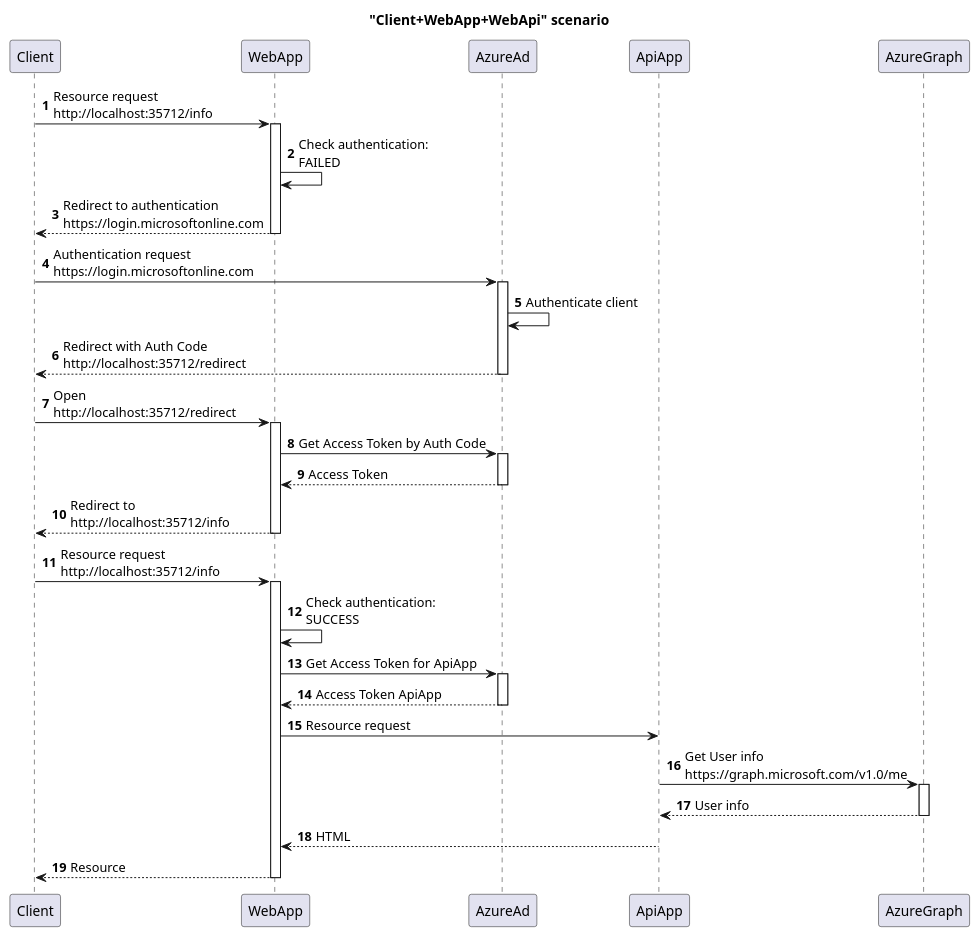
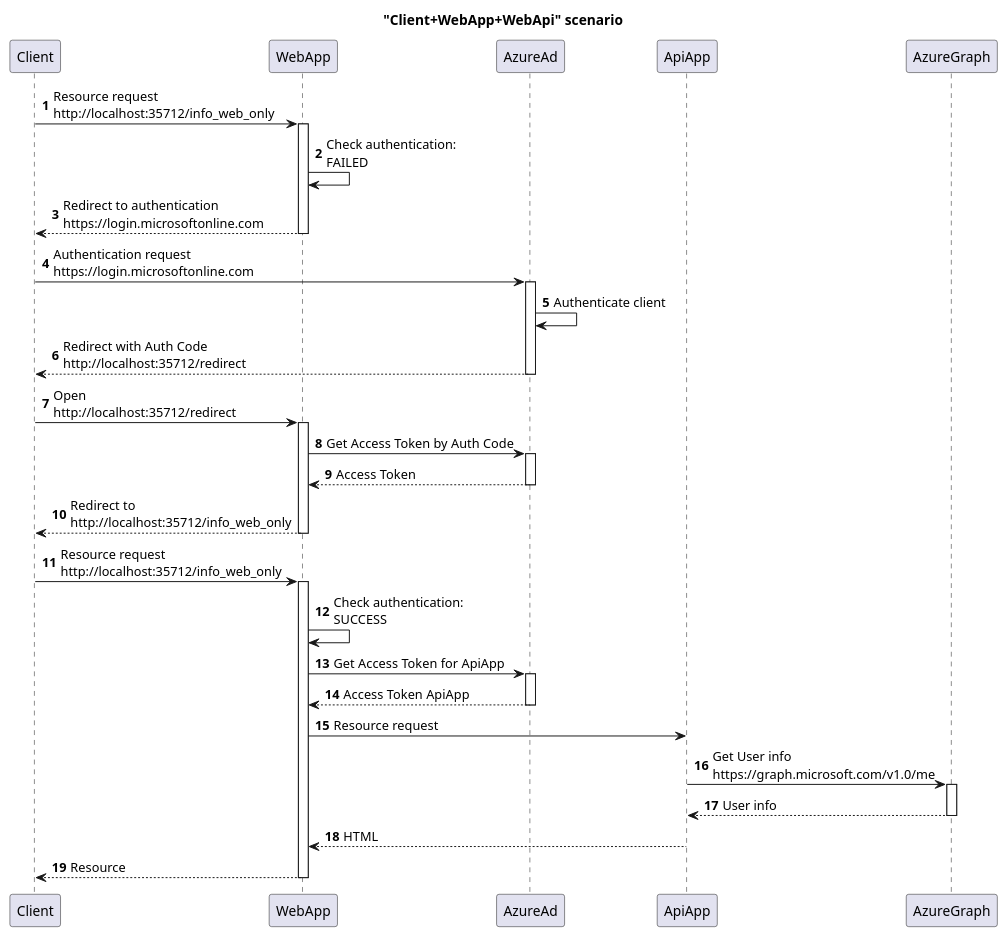
Before and after one commit to Aleks-Ya/yaal_examples: the diagram in Java+/Libs+/Azure+/MSAL/src/azure/flow/authcode/web_api_flow.puml, drawn with PlantUML. The commit also changed 7 other files, not shown here.

```diff
--- a/Java+/Libs+/Azure+/MSAL/src/azure/flow/authcode/web_api_flow.puml
+++ b/Java+/Libs+/Azure+/MSAL/src/azure/flow/authcode/web_api_flow.puml
@@ -1,44 +1,44 @@
 @startuml
 
 title "Client+WebApp+WebApi" scenario
 
 autonumber
 
-Client -> WebApp: Resource request\nhttp://localhost:35712/info
+Client -> WebApp: Resource request\nhttp://localhost:35712/info_web_only
 activate WebApp
 WebApp -> WebApp: Check authentication:\nFAILED
 Client <-- WebApp: Redirect to authentication\nhttps://login.microsoftonline.com
 deactivate WebApp
 
 Client -> AzureAd: Authentication request\nhttps://login.microsoftonline.com
 activate AzureAd
 AzureAd -> AzureAd: Authenticate client
 Client <-- AzureAd: Redirect with Auth Code\nhttp://localhost:35712/redirect
 deactivate AzureAd
 
 Client -> WebApp: Open\nhttp://localhost:35712/redirect
 activate WebApp
     WebApp -> AzureAd: Get Access Token by Auth Code
     activate AzureAd
     WebApp <-- AzureAd: Access Token
     deactivate AzureAd
-Client <-- WebApp: Redirect to\nhttp://localhost:35712/info
+Client <-- WebApp: Redirect to\nhttp://localhost:35712/info_web_only
 deactivate WebApp
 
-Client -> WebApp: Resource request\nhttp://localhost:35712/info
+Client -> WebApp: Resource request\nhttp://localhost:35712/info_web_only
 activate WebApp
 WebApp -> WebApp: Check authentication:\nSUCCESS
     WebApp -> AzureAd: Get Access Token for ApiApp
     activate AzureAd
     WebApp <-- AzureAd: Access Token ApiApp
     deactivate AzureAd
     WebApp -> ApiApp: Resource request
     ApiApp -> AzureGraph: Get User info\nhttps://graph.microsoft.com/v1.0/me
     activate AzureGraph
     ApiApp <-- AzureGraph: User info
     deactivate AzureGraph
     WebApp <-- ApiApp: HTML
 Client <-- WebApp: Resource
 deactivate WebApp
 
 @enduml
```
